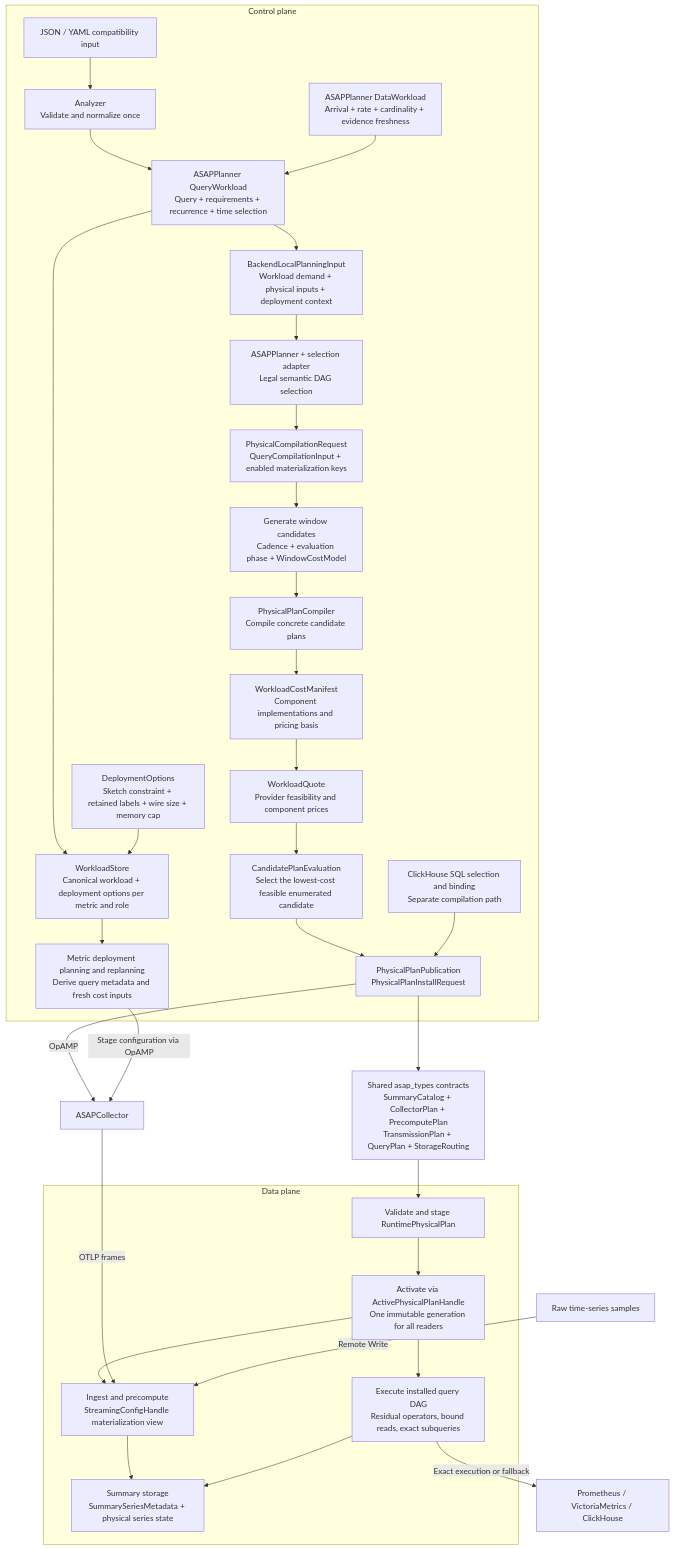
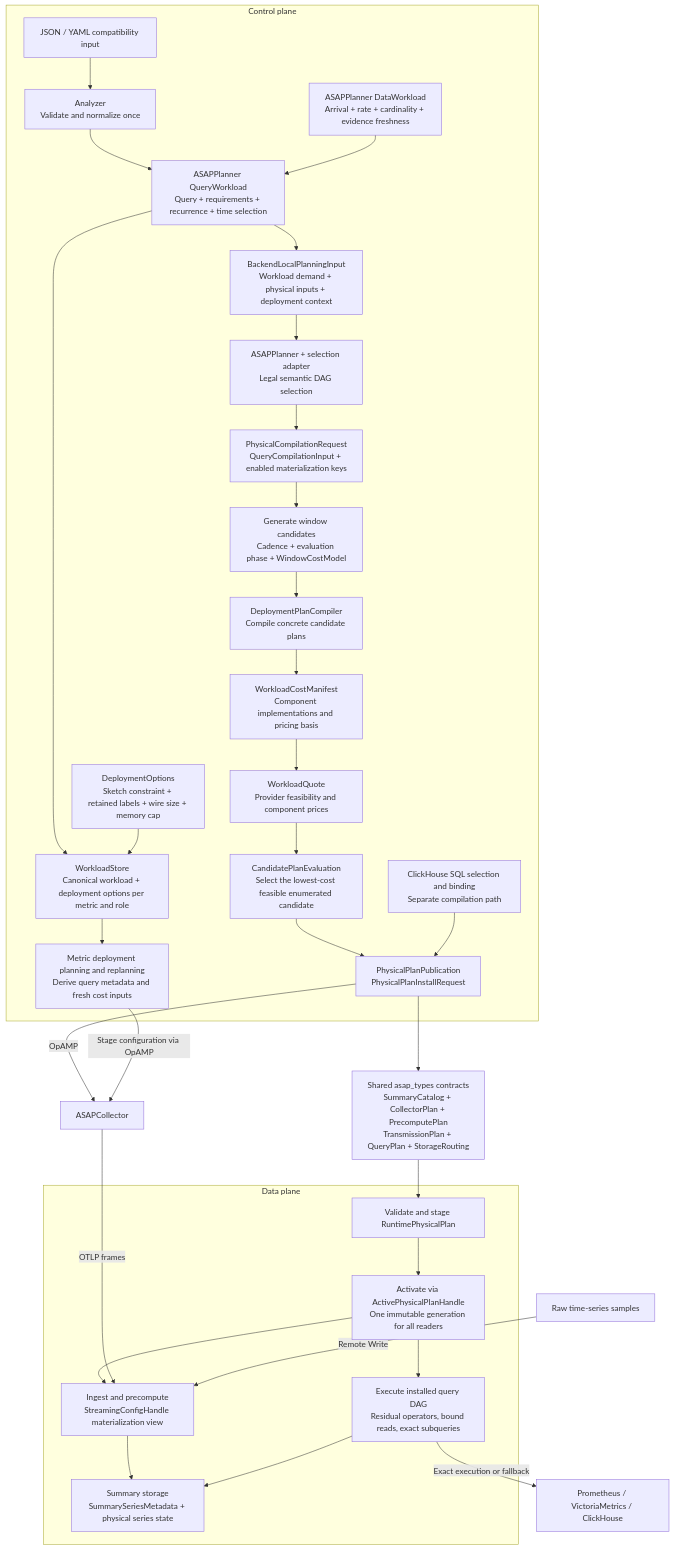
The diagram in docs/developer_docs/control-plane/planning-terminology.md (ProjectASAP/ASAPQuery-backend), drawn with Mermaid before and after one commit. The commit also changed 160 other files, not shown here.

First line of the commit message:
Install coherent deployment plans with dataset-bound SDS identities (#749)

````diff
--- a/docs/developer_docs/control-plane/planning-terminology.md
+++ b/docs/developer_docs/control-plane/planning-terminology.md
@@ -7,48 +7,48 @@
 ```mermaid
 flowchart TB
     subgraph CP[Control plane]
         DTO["JSON / YAML compatibility input"]
         NORMALIZE["Analyzer<br/>Validate and normalize once"]
         WORKLOAD["ASAPPlanner QueryWorkload<br/>Query + requirements + recurrence + time selection"]
         DATA["ASAPPlanner DataWorkload<br/>Arrival + rate + cardinality + evidence freshness"]
         OPTIONS["DeploymentOptions<br/>Sketch constraint + retained labels + wire size + memory cap"]
         REGISTRY["WorkloadStore<br/>Canonical workload + deployment options per metric and role"]
         METRIC["Metric deployment planning and replanning<br/>Derive query metadata and fresh cost inputs"]
         DTO --> NORMALIZE --> WORKLOAD
         DATA --> WORKLOAD
         WORKLOAD --> REGISTRY
         OPTIONS --> REGISTRY
         REGISTRY --> METRIC
         INPUT["BackendLocalPlanningInput<br/>Workload demand + physical inputs + deployment context"]
         LOGICAL["ASAPPlanner + selection adapter<br/>Legal semantic DAG selection"]
         REQUEST["PhysicalCompilationRequest<br/>QueryCompilationInput + enabled materialization keys"]
         WINDOWS["Generate window candidates<br/>Cadence + evaluation phase + WindowCostModel"]
-        COMPILE["PhysicalPlanCompiler<br/>Compile concrete candidate plans"]
+        COMPILE["DeploymentPlanCompiler<br/>Compile concrete candidate plans"]
         MANIFEST["WorkloadCostManifest<br/>Component implementations and pricing basis"]
         QUOTE["WorkloadQuote<br/>Provider feasibility and component prices"]
         EVALUATE["CandidatePlanEvaluation<br/>Select the lowest-cost feasible enumerated candidate"]
         SQL["ClickHouse SQL selection and binding<br/>Separate compilation path"]
         PUBLICATION["PhysicalPlanPublication<br/>PhysicalPlanInstallRequest"]
         WORKLOAD --> INPUT
         INPUT --> LOGICAL --> REQUEST --> WINDOWS --> COMPILE --> MANIFEST
         MANIFEST --> QUOTE --> EVALUATE --> PUBLICATION
         SQL --> PUBLICATION
     end
     CONTRACT["Shared asap_types contracts<br/>SummaryCatalog + CollectorPlan + PrecomputePlan<br/>TransmissionPlan + QueryPlan + StorageRouting"]
     subgraph DP[Data plane]
         STAGE["Validate and stage RuntimePhysicalPlan"]
         ACTIVE["Activate via ActivePhysicalPlanHandle<br/>One immutable generation for all readers"]
         MAINTAIN["Ingest and precompute<br/>StreamingConfigHandle materialization view"]
         QUERY["Execute installed query DAG<br/>Residual operators, bound reads, exact subqueries"]
         STORE["Summary storage<br/>SummarySeriesMetadata + physical series state"]
         STAGE --> ACTIVE
         ACTIVE --> MAINTAIN --> STORE
         ACTIVE --> QUERY --> STORE
     end
     PUBLICATION --> CONTRACT --> STAGE
     PUBLICATION -->|OpAMP| COLLECTOR[ASAPCollector]
     METRIC -->|Stage configuration via OpAMP| COLLECTOR
     COLLECTOR -->|OTLP frames| MAINTAIN
     RAW[Raw time-series samples] -->|Remote Write| MAINTAIN
     QUERY -->|Exact execution or fallback| EXACT[Prometheus / VictoriaMetrics / ClickHouse]
 ```
````
